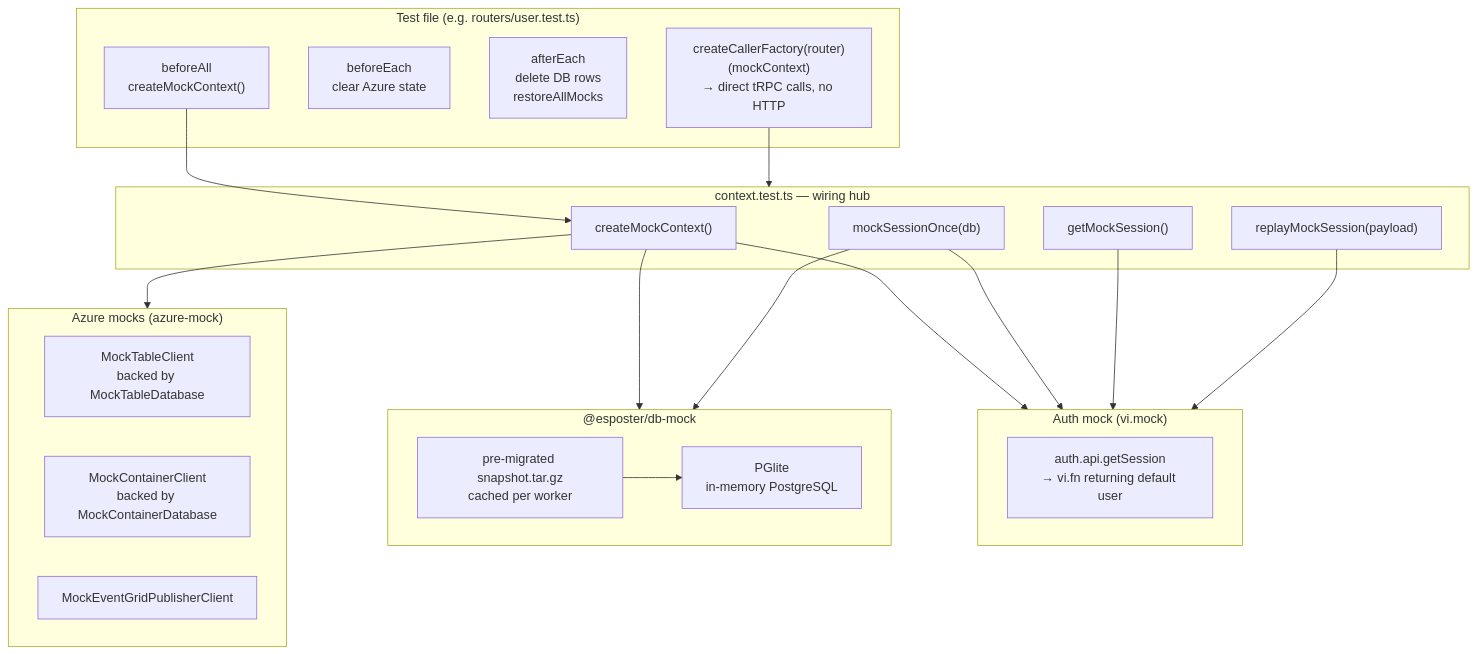
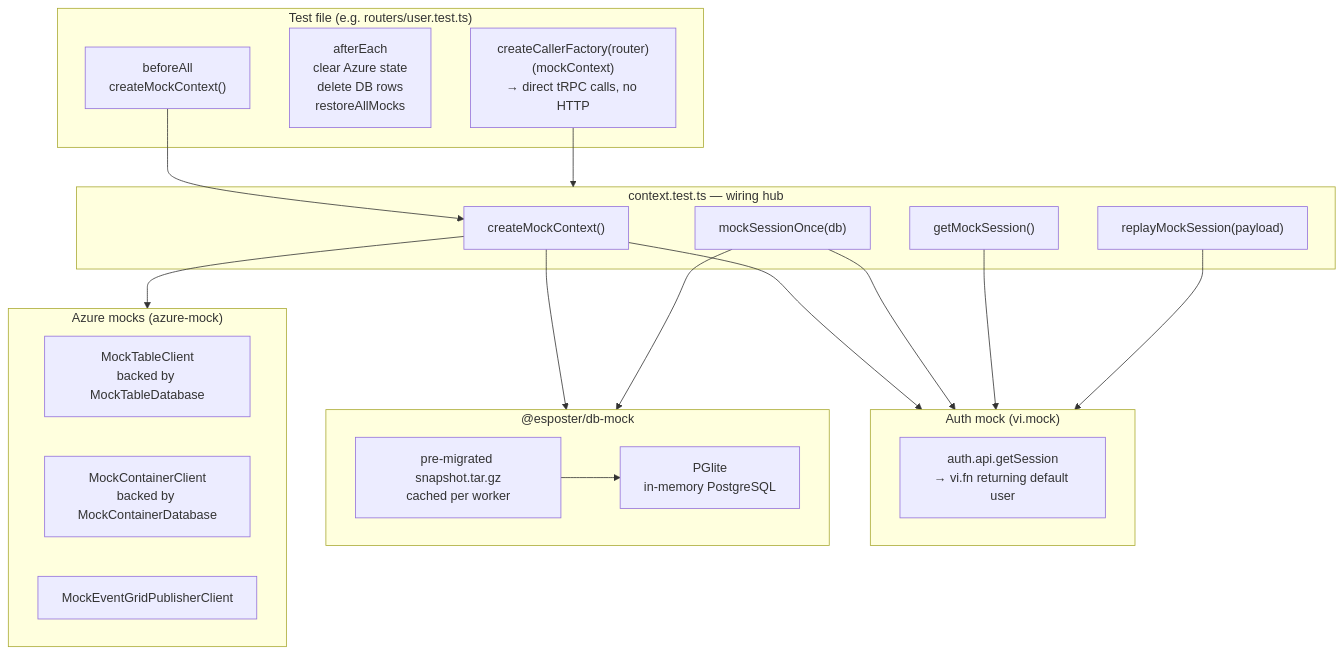
One commit to Esposter/Esposter changed the diagram in packages/app/content/docs/architecture/server-testing.md. Above: the diagram before and after it, drawn with Mermaid. The commit also changed other lines of this file and 2 other files, not shown here.

````diff
--- a/packages/app/content/docs/architecture/server-testing.md
+++ b/packages/app/content/docs/architecture/server-testing.md
@@ -12,42 +12,41 @@
 ```mermaid
 flowchart TD
     subgraph test["Test file (e.g. routers/user.test.ts)"]
         bA["beforeAll<br/>createMockContext()"]
-        bE["beforeEach<br/>clear Azure state"]
-        aE["afterEach<br/>delete DB rows<br/>restoreAllMocks"]
+        aE["afterEach<br/>clear Azure state<br/>delete DB rows<br/>restoreAllMocks"]
         caller["createCallerFactory(router)(mockContext)<br/>→ direct tRPC calls, no HTTP"]
     end
 
     subgraph ctx["context.test.ts — wiring hub"]
         cmc["createMockContext()"]
         mso["mockSessionOnce(db)"]
         gms["getMockSession()"]
         rms["replayMockSession(payload)"]
     end
 
     subgraph db["@esposter/db-mock"]
         pglite["PGlite<br/>in-memory PostgreSQL"]
         snapshot["pre-migrated snapshot.tar.gz<br/>cached per worker"]
     end
 
     subgraph auth["Auth mock (vi.mock)"]
         getSession["auth.api.getSession<br/>→ vi.fn returning default user"]
     end
 
     subgraph azure["Azure mocks (azure-mock)"]
         tableClient["MockTableClient<br/>backed by MockTableDatabase"]
         containerClient["MockContainerClient<br/>backed by MockContainerDatabase"]
         eventGrid["MockEventGridPublisherClient"]
     end
 
     bA --> cmc
     cmc --> db
     cmc --> auth
     cmc --> azure
     snapshot --> pglite
     caller --> ctx
     mso --> auth
     mso --> db
     gms --> auth
     rms --> auth
 ```
````
